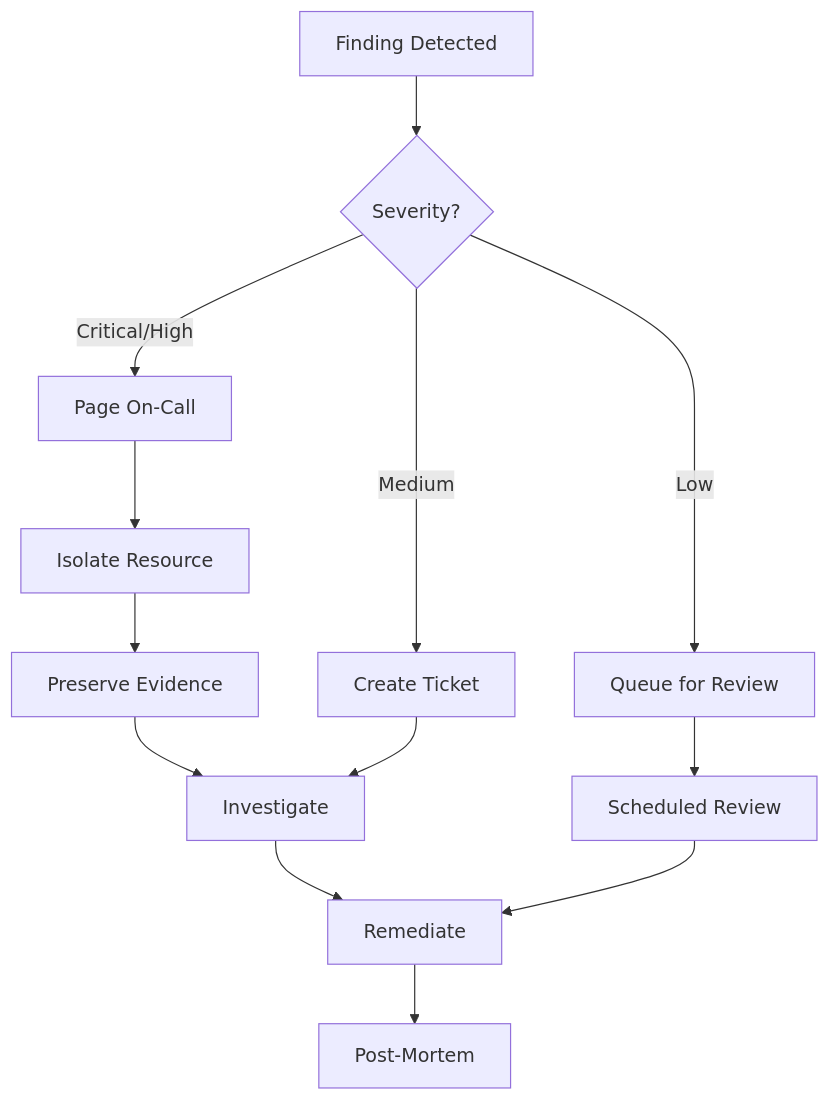
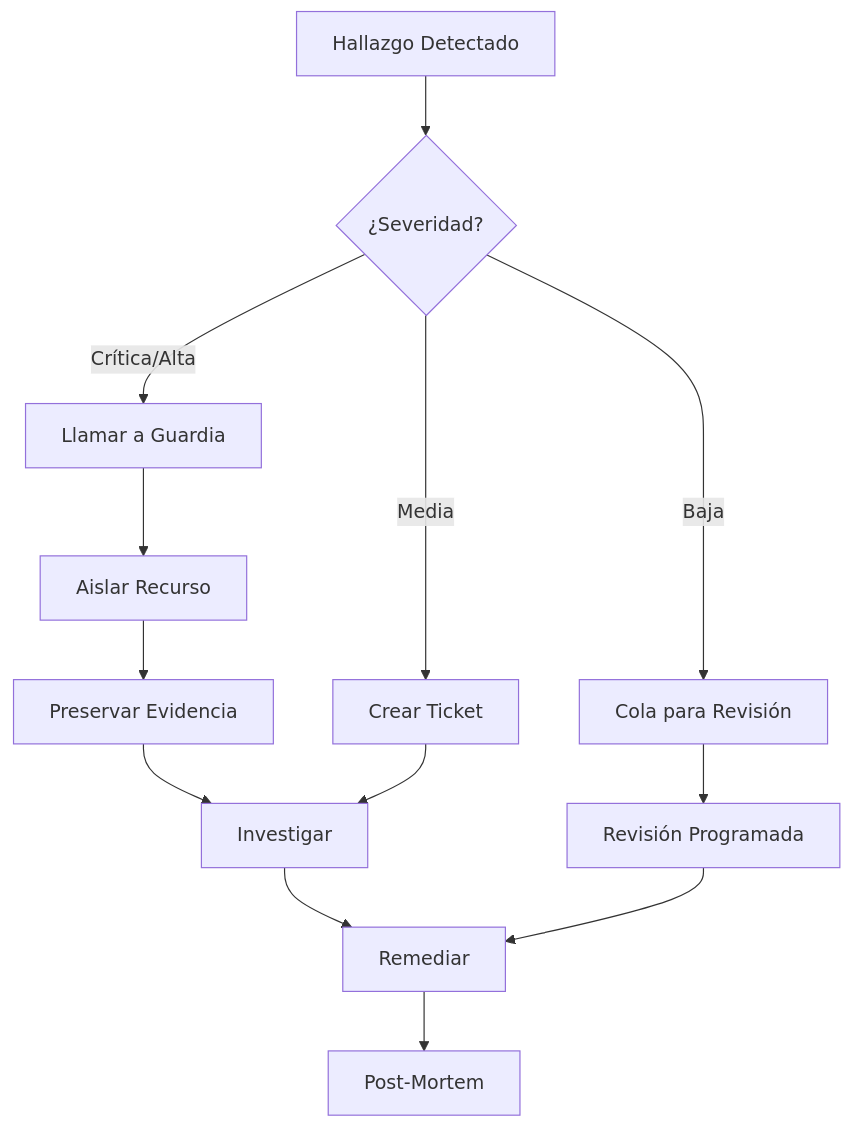
The diagram in docs/i18n/es/docusaurus-plugin-content-docs/current/runbooks/troubleshooting.md (clopca/aws-landing-zone-template), drawn with Mermaid before and after one commit. The commit also changed other lines of this file and 10 other files, not shown here.

````diff
--- a/docs/i18n/es/docusaurus-plugin-content-docs/current/runbooks/troubleshooting.md
+++ b/docs/i18n/es/docusaurus-plugin-content-docs/current/runbooks/troubleshooting.md
@@ -431,17 +361,17 @@
 ```mermaid
 flowchart TD
-    A[Finding Detected] --> B{Severity?}
-    B -->|Critical/High| C[Page On-Call]
-    B -->|Medium| D[Create Ticket]
-    B -->|Low| E[Queue for Review]
+    A[Hallazgo Detectado] --> B{¿Severidad?}
+    B -->|Crítica/Alta| C[Llamar a Guardia]
+    B -->|Media| D[Crear Ticket]
+    B -->|Baja| E[Cola para Revisión]
     
-    C --> F[Isolate Resource]
-    F --> G[Preserve Evidence]
-    G --> H[Investigate]
-    H --> I[Remediate]
+    C --> F[Aislar Recurso]
+    F --> G[Preservar Evidencia]
+    G --> H[Investigar]
+    H --> I[Remediar]
     I --> J[Post-Mortem]
     
     D --> H
-    E --> K[Scheduled Review]
+    E --> K[Revisión Programada]
     K --> I
 ```
````
